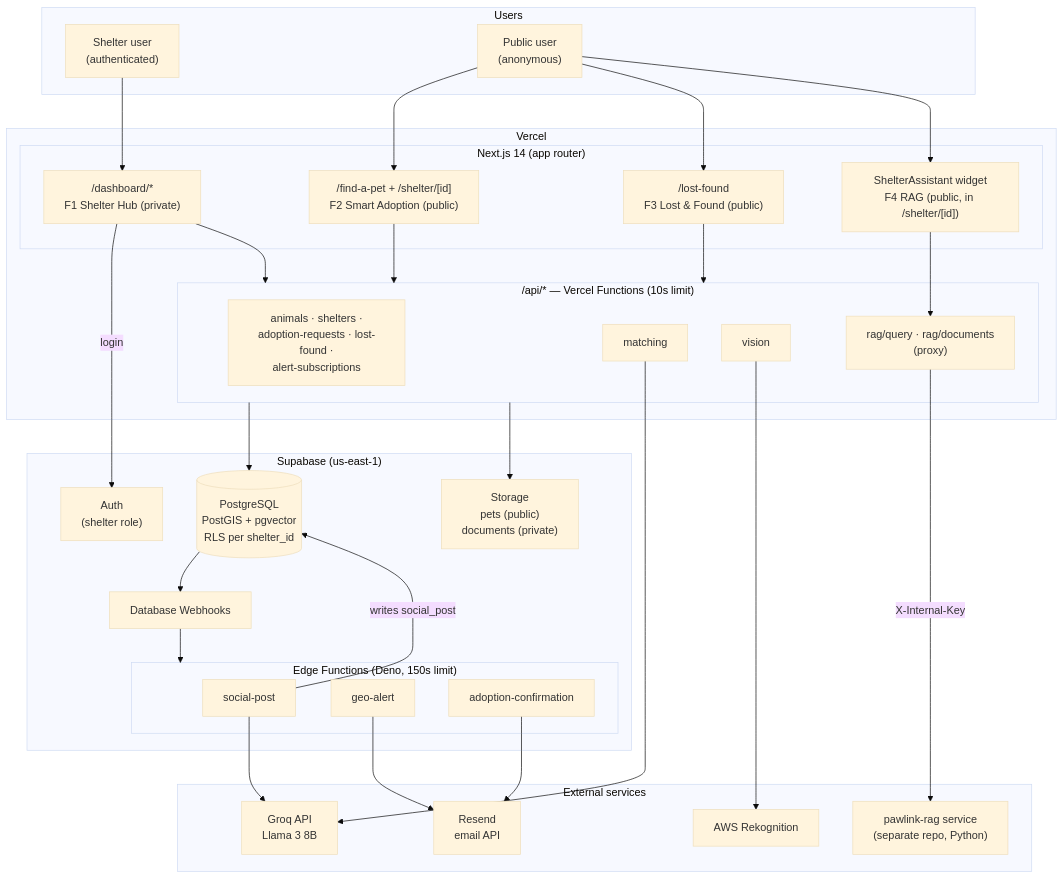
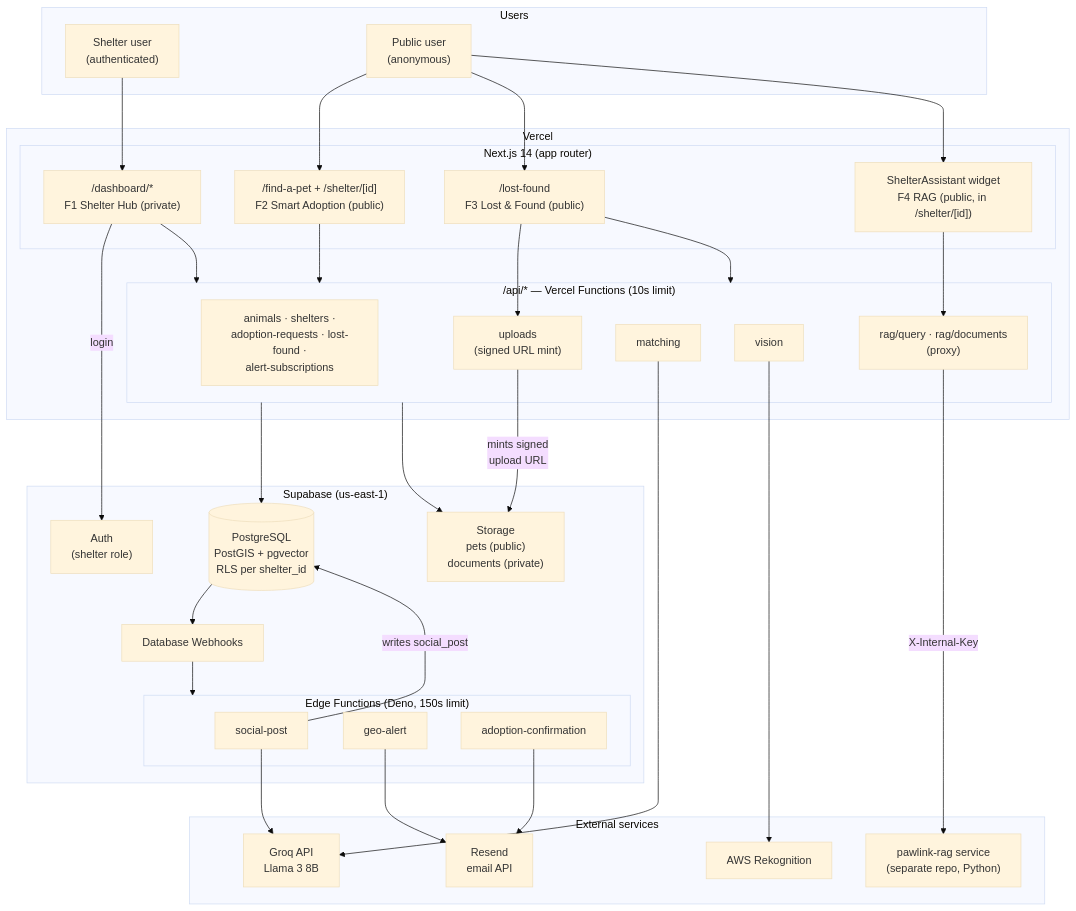
Before and after one commit to gamp92/pawlink: the first of 7 diagrams in docs/architecture.md, drawn with Mermaid (base theme). The commit also changed other lines of this file, not shown here.

Commit message:
docs(architecture): add /api/uploads to the F3 diagram and reference table

````diff
--- a/docs/architecture.md
+++ b/docs/architecture.md
@@ -13,65 +13,68 @@
 ```mermaid
 flowchart TB
     subgraph Users
         shelter["Shelter user<br/>(authenticated)"]
         public["Public user<br/>(anonymous)"]
     end
 
     subgraph Vercel["Vercel"]
         subgraph next["Next.js 14 (app router)"]
             hub["/dashboard/*<br/>F1 Shelter Hub (private)"]
             findapet["/find-a-pet + /shelter/[id]<br/>F2 Smart Adoption (public)"]
             lostfound["/lost-found<br/>F3 Lost & Found (public)"]
             assistant["ShelterAssistant widget<br/>F4 RAG (public, in /shelter/[id])"]
         end
         subgraph api["/api/* — Vercel Functions (10s limit)"]
             apiCrud["animals · shelters ·<br/>adoption-requests · lost-found ·<br/>alert-subscriptions"]
+            apiUploads["uploads<br/>(signed URL mint)"]
             apiMatching["matching"]
             apiVision["vision"]
             apiRag["rag/query · rag/documents<br/>(proxy)"]
         end
     end
 
     subgraph Supabase["Supabase (us-east-1)"]
         auth["Auth<br/>(shelter role)"]
         db[("PostgreSQL<br/>PostGIS + pgvector<br/>RLS per shelter_id")]
         storage["Storage<br/>pets (public)<br/>documents (private)"]
         webhooks["Database Webhooks"]
         subgraph edge["Edge Functions (Deno, 150s limit)"]
             efSocial["social-post"]
             efGeo["geo-alert"]
             efAdopt["adoption-confirmation"]
         end
     end
 
     subgraph External["External services"]
         groq["Groq API<br/>Llama 3 8B"]
         rekognition["AWS Rekognition"]
         resend["Resend<br/>email API"]
         ragService["pawlink-rag service<br/>(separate repo, Python)"]
     end
 
     shelter --> hub
     public --> findapet
     public --> lostfound
     public --> assistant
 
     hub --> api
     findapet --> api
     lostfound --> api
+    lostfound --> apiUploads
     assistant --> apiRag
 
     hub -->|login| auth
     api --> db
     api --> storage
+    apiUploads -->|"mints signed<br/>upload URL"| storage
     apiMatching --> groq
     apiVision --> rekognition
     apiRag -->|X-Internal-Key| ragService
 
     db --> webhooks
     webhooks --> edge
     efSocial --> groq
     efGeo --> resend
     efAdopt --> resend
     efSocial -->|writes social_post| db
 ```
````
